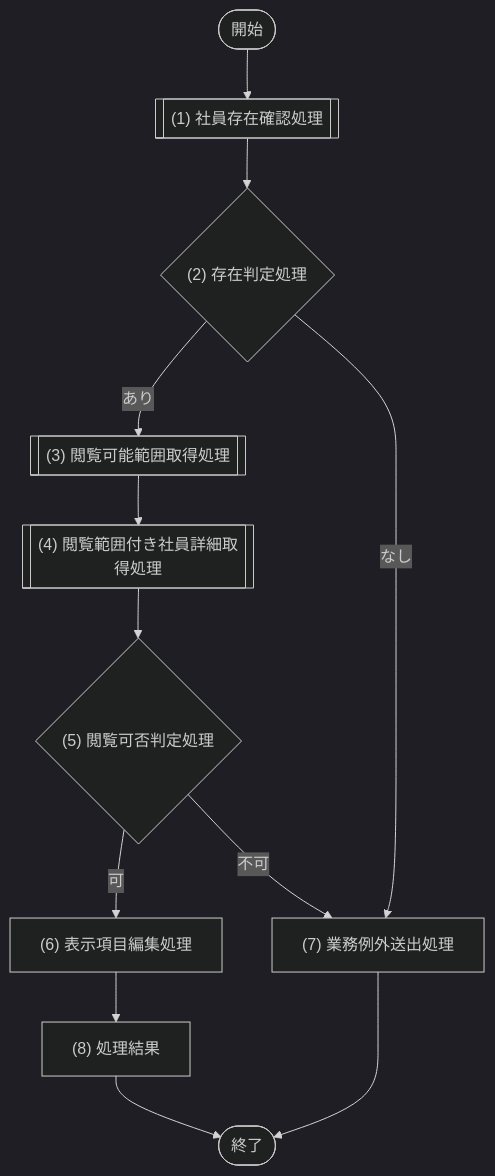
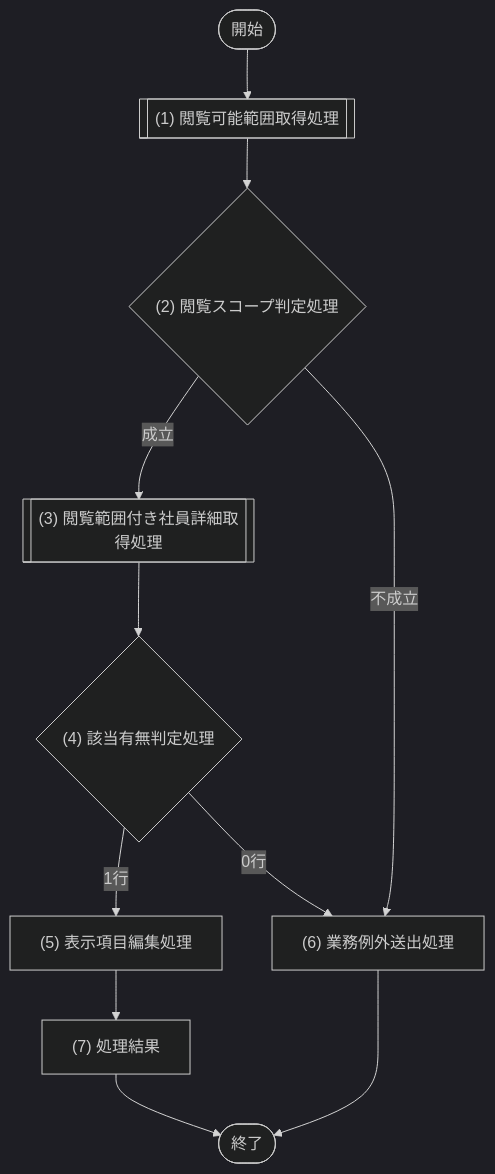
One commit to sikakou54/system-document-template changed the fourth of 24 diagrams in 社員名簿管理システム/07_モジュール設計.md. Above: the diagram before and after it, drawn with Mermaid (dark theme). The commit also changed other lines of this file and 21 other files, not shown here.

````diff
--- a/社員名簿管理システム/07_モジュール設計.md
+++ b/社員名簿管理システム/07_モジュール設計.md
@@ -273,8 +280,8 @@
 ```mermaid
 flowchart TD
-  Start([開始]) --> P1[["(1) 社員存在確認処理"]] --> D1{"(2) 存在判定処理"}
-  D1 -- あり --> P2[["(3) 閲覧可能範囲取得処理"]] --> P3[["(4) 閲覧範囲付き社員詳細取得処理"]] --> D2{"(5) 閲覧可否判定処理"}
-  D2 -- 可 --> P4["(6) 表示項目編集処理"] --> P5["(8) 処理結果"] --> End([終了])
-  D1 -- なし --> E1["(7) 業務例外送出処理"] --> End
-  D2 -- 不可 --> E1
+  Start([開始]) --> P1[["(1) 閲覧可能範囲取得処理"]] --> D1{"(2) 閲覧スコープ判定処理"}
+  D1 -- 成立 --> P2[["(3) 閲覧範囲付き社員詳細取得処理"]] --> D2{"(4) 該当有無判定処理"}
+  D2 -- 1行 --> P3["(5) 表示項目編集処理"] --> P4["(7) 処理結果"] --> End([終了])
+  D1 -- 不成立 --> E1["(6) 業務例外送出処理"] --> End
+  D2 -- 0行 --> E1
 ```
````
